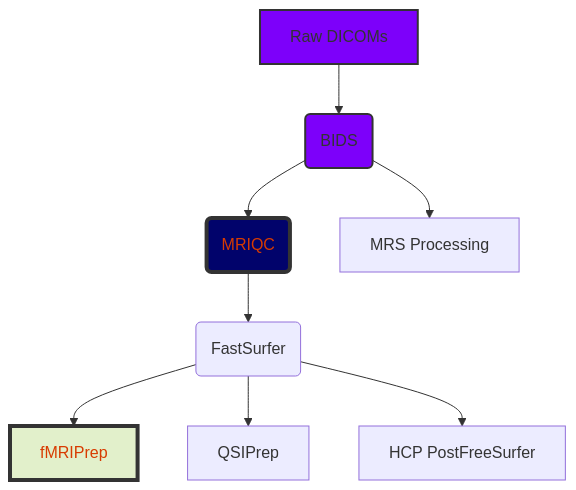
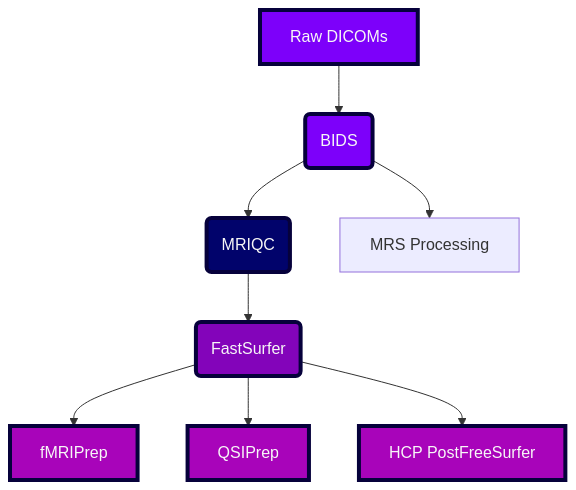
Before and after one commit to Daniel-Halls/mindquad: the diagram in README.md, drawn with Mermaid.

````diff
--- a/README.md
+++ b/README.md
@@ -9,15 +9,18 @@
 ```mermaid
 graph TD
     A[Raw DICOMs] --> B(BIDS)
     B -->C(MRIQC)
     B --> H[MRS Processing]
     C -->D(FastSurfer)
     D -->E[fMRIPrep]
     D -->F[QSIPrep]    
     D --> G[HCP PostFreeSurfer]
 
-    style A fill:#7d00fa,stroke:#333,stroke-width:2px
-    style B fill:#7d00fa,stroke:#333,stroke-width:2px
-    style C fill:#01036b,stroke:#333,stroke-width:4px,color:#d83b01
-    style E fill:#e2f0cb,stroke:#333,stroke-width:4px,color:#d83b01
+    style A fill:#7d00fa,stroke:#06013b,stroke-width:4px,color:#f7f7f7
+    style B fill:#7d00fa,stroke:#06013b,stroke-width:4px,color:#f7f7f7
+    style C fill:#01036b,stroke:#06013b,stroke-width:4px,color:#f7f7f7
+    style D fill:#8304ba,stroke:#06013b,stroke-width:4px,color:#f7f7f7
+    style E fill:#a804ba,stroke:#06013b,stroke-width:4px,color:#f7f7f7
+    style F fill:#a804ba,stroke:#06013b,stroke-width:4px,color:#f7f7f7
+    style G fill:#a804ba,stroke:#06013b,stroke-width:4px,color:#f7f7f7
 ```
````
